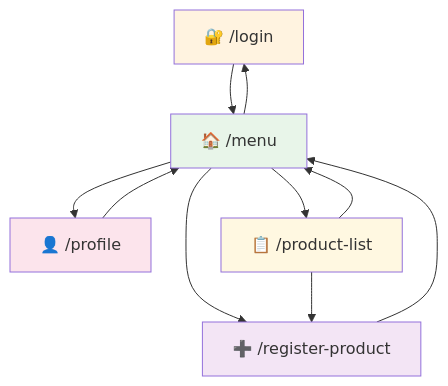
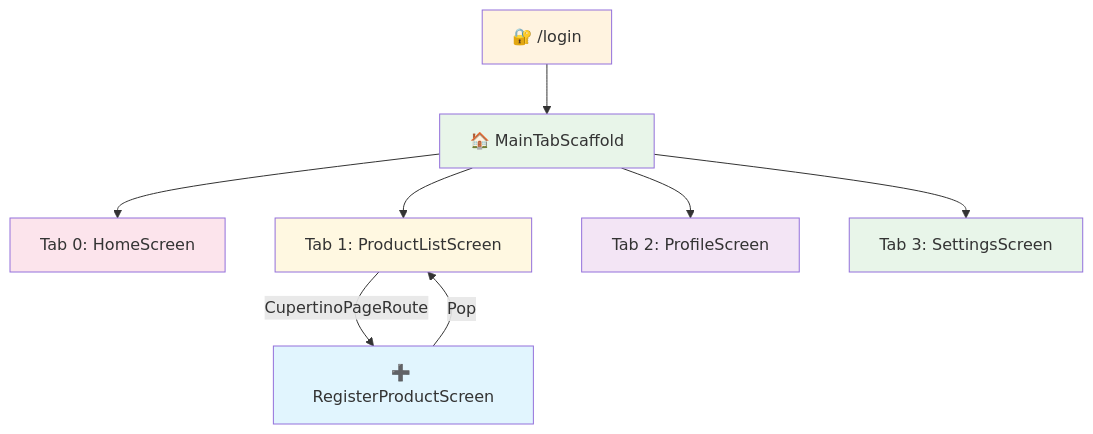
One commit to rafaelchuco/Tienda-Movil changed the fifth of 7 diagrams in docs/ARCHITECTURE.md. Above: the diagram before and after it, drawn with Mermaid. The commit also changed other lines of this file and 5 other files, not shown here.

````diff
--- a/docs/ARCHITECTURE.md
+++ b/docs/ARCHITECTURE.md
@@ -243,18 +244,18 @@
 ```mermaid
 graph TD
-    A[🔐 /login] --> B[🏠 /menu]
-    B --> C[👤 /profile]
-    B --> D[➕ /register-product] 
-    B --> E[📋 /product-list]
-    B --> A
-    C --> B
-    D --> B
-    E --> B
-    E --> D
+    A[🔐 /login] --> B[🏠 MainTabScaffold]
+    B --> C[Tab 0: HomeScreen]
+    B --> D[Tab 1: ProductListScreen]
+    B --> E[Tab 2: ProfileScreen]
+    B --> F[Tab 3: SettingsScreen]
+    D --> |CupertinoPageRoute| G[➕ RegisterProductScreen]
+    G --> |Pop| D
     
     style A fill:#fff3e0
     style B fill:#e8f5e9
     style C fill:#fce4ec
-    style D fill:#f3e5f5
-    style E fill:#fff8e1
+    style D fill:#fff8e1
+    style E fill:#f3e5f5
+    style F fill:#e8f5e9
+    style G fill:#e1f5fe
 ```
````
